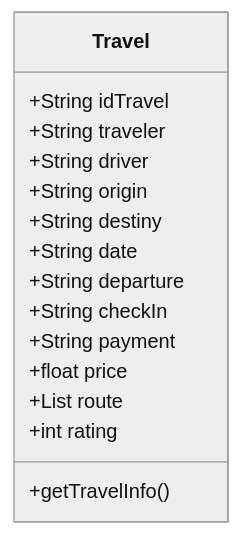
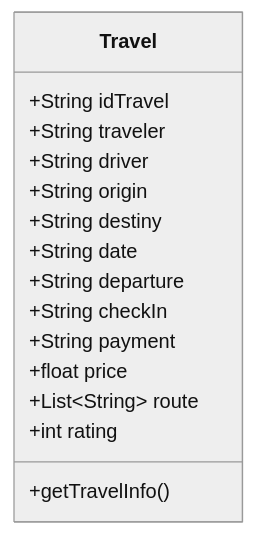
One commit to MikoVelascoRamirez/playbook changed diagram 11 of 11 in weekly_mission_2/excercises/readme.md. Above: the diagram before and after it, drawn with Mermaid (neutral theme). The commit also changed other lines of this file, not shown here.

````diff
--- a/weekly_mission_2/excercises/readme.md
+++ b/weekly_mission_2/excercises/readme.md
@@ -254,17 +254,17 @@
 ```mermaid
 classDiagram
 class Travel
 Travel : +String idTravel
 Travel : +String traveler
 Travel : +String driver
 Travel : +String origin
 Travel : +String destiny
 Travel : +String date
 Travel : +String departure
 Travel : +String checkIn
 Travel : +String payment
 Travel : +float price
-Travel : +List<String> route
+Travel : +List~String~ route
 Travel : +int rating
 Travel : +getTravelInfo()
 ```
````
